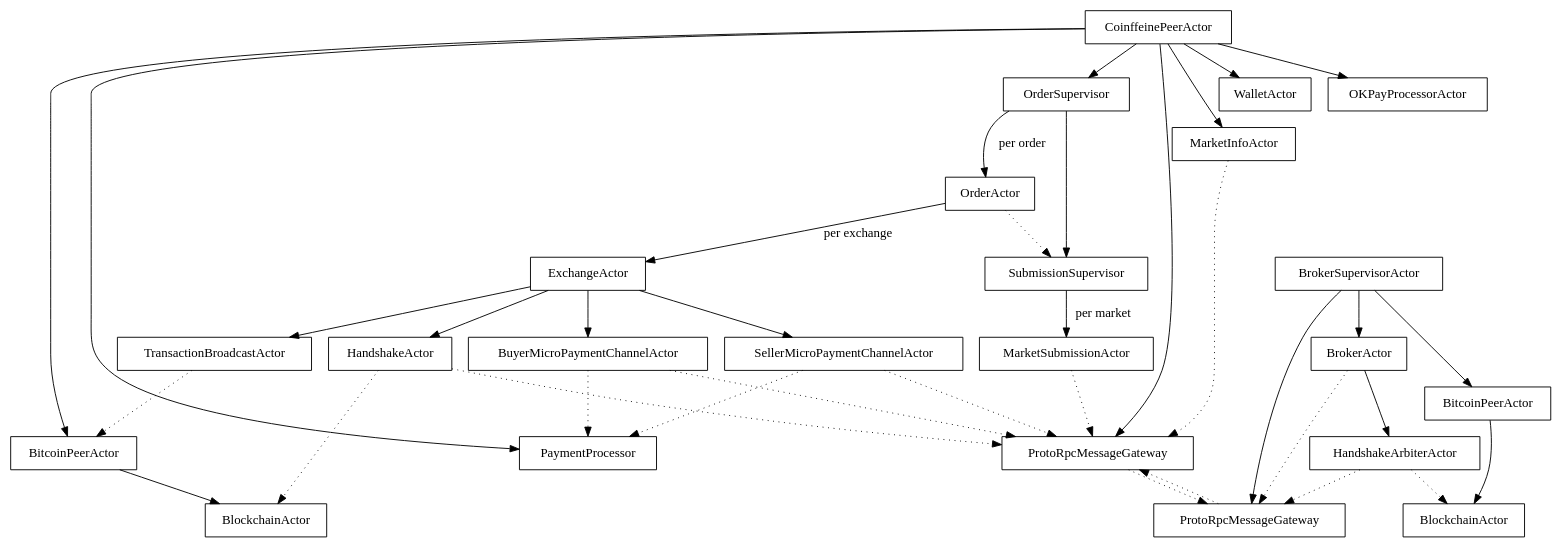
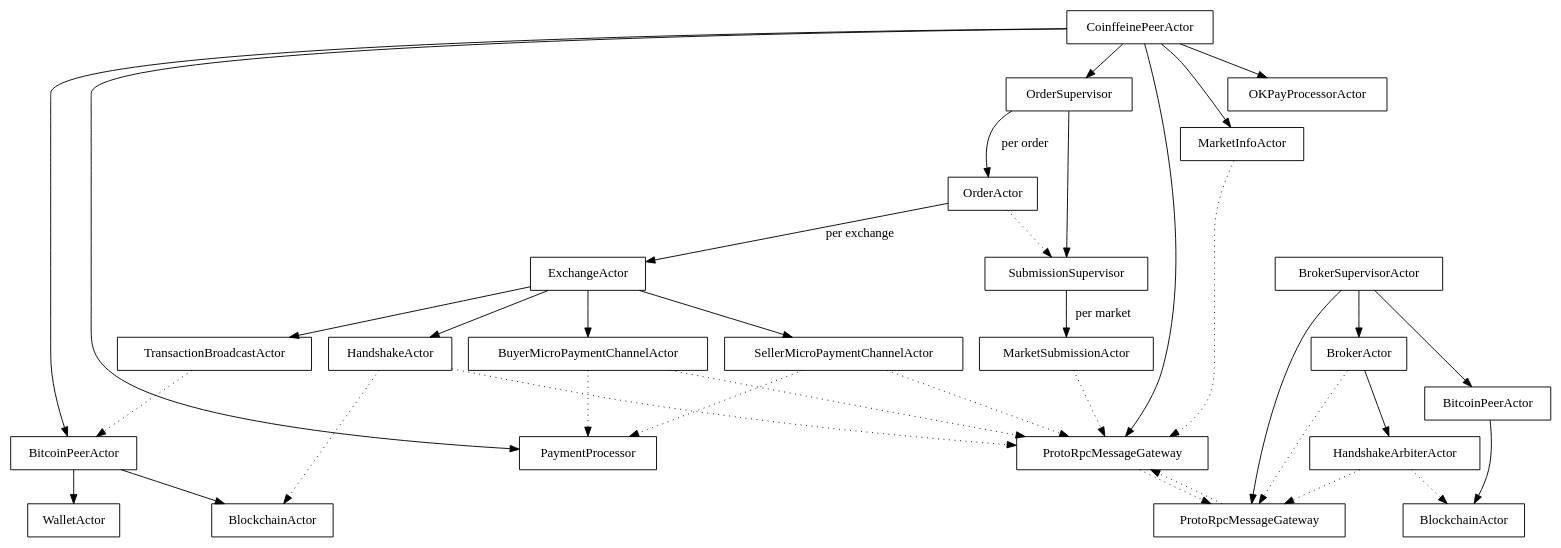
One commit to Gutalean/coinffeine changed the diagram in doc/graphviz/actor-supervision.dot. Above: the diagram before and after it, drawn with Graphviz. The commit also changed 5 other files, not shown here.

Commit message:
Make BitcoinPeerActor to supervise the WalletActor

```diff
--- a/doc/graphviz/actor-supervision.dot
+++ b/doc/graphviz/actor-supervision.dot
@@ -1,50 +1,50 @@
 digraph {
 	node[shape=rectangle];
 
 	ProtoRpcMessageGateway1[label="ProtoRpcMessageGateway"];
 	ProtoRpcMessageGateway2[label="ProtoRpcMessageGateway"];
 	ProtoRpcMessageGateway1 -> ProtoRpcMessageGateway2 [style=dotted];
 	ProtoRpcMessageGateway2 -> ProtoRpcMessageGateway1 [style=dotted];
 
 	BitcoinPeerActor1[label="BitcoinPeerActor"];
 	BlockchainActor1[label="BlockchainActor"];
-	BitcoinPeerActor1 -> BlockchainActor1;
+	BitcoinPeerActor1 -> BlockchainActor1, WalletActor;
 	BitcoinPeerActor2[label="BitcoinPeerActor"];
 	BlockchainActor2[label="BlockchainActor"];
 	BitcoinPeerActor2 -> BlockchainActor2;
 
 	#############################################################
 	# Client side
 	CoinffeinePeerActor -> ProtoRpcMessageGateway1, OrderSupervisor,
-                               BitcoinPeerActor1, PaymentProcessor, WalletActor,
+                               BitcoinPeerActor1, PaymentProcessor,
 			       OKPayProcessorActor;
 	CoinffeinePeerActor -> MarketInfoActor;
 
 	MarketInfoActor -> ProtoRpcMessageGateway1[style=dotted];
 	OrderSupervisor -> SubmissionSupervisor;
 	SubmissionSupervisor -> MarketSubmissionActor[label="per market"];
 	OrderSupervisor -> OrderActor[label="per order"];
 	OrderActor -> ExchangeActor [label="per exchange"];
 	MarketSubmissionActor -> ProtoRpcMessageGateway1[style=dotted];
 	OrderActor -> SubmissionSupervisor [style=dotted];
 
 	# Client exchange
 	ExchangeActor -> HandshakeActor, 
 		         BuyerMicroPaymentChannelActor, 
 		         SellerMicroPaymentChannelActor, 
 			 TransactionBroadcastActor;
 	HandshakeActor -> ProtoRpcMessageGateway1, BlockchainActor1 [style=dotted];
 	TransactionBroadcastActor -> BitcoinPeerActor1 [style=dotted];
 	BuyerMicroPaymentChannelActor -> ProtoRpcMessageGateway1, PaymentProcessor [style=dotted];
 	SellerMicroPaymentChannelActor -> ProtoRpcMessageGateway1, PaymentProcessor [style=dotted];
 
 
 	#############################################################
 	# Server side
 	BrokerSupervisorActor -> BrokerActor, ProtoRpcMessageGateway2,
  			         BitcoinPeerActor2;
 	BrokerActor -> ProtoRpcMessageGateway2[style=dotted];
 	BrokerActor -> HandshakeArbiterActor;
 	HandshakeArbiterActor -> ProtoRpcMessageGateway2[style=dotted];
 	HandshakeArbiterActor -> BlockchainActor2[style=dotted];
 }
```
